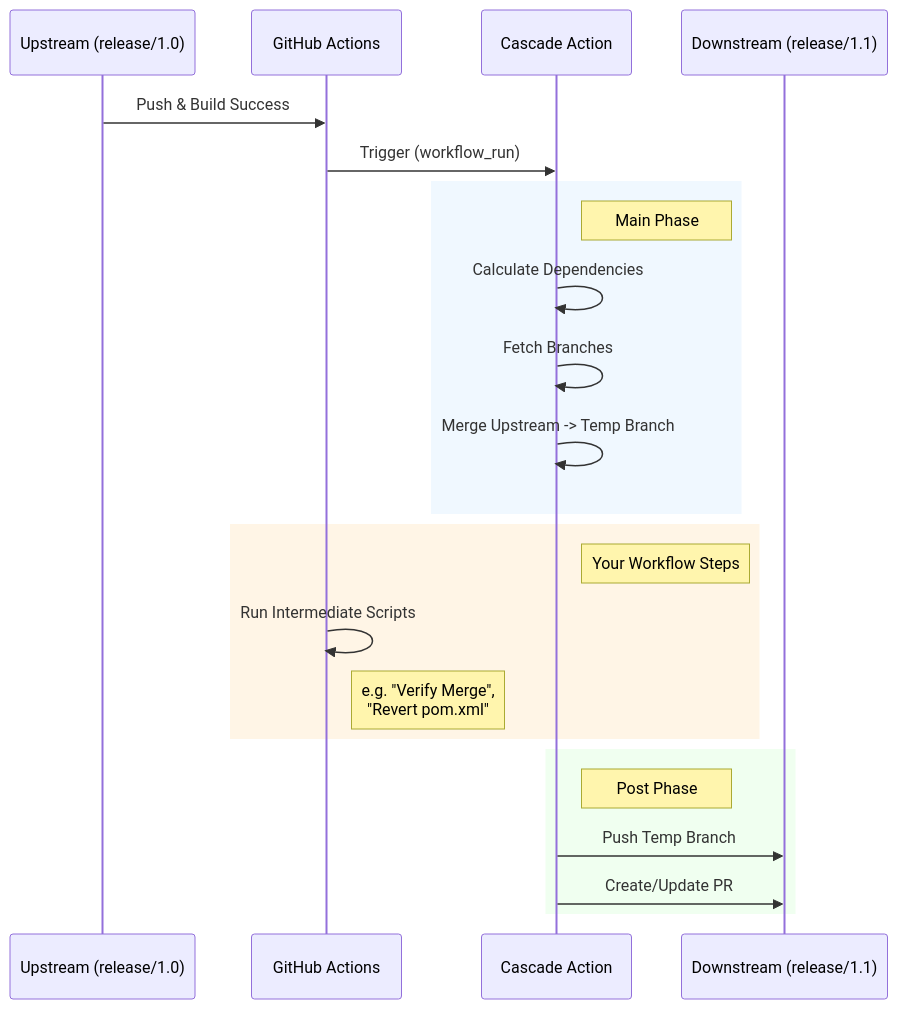
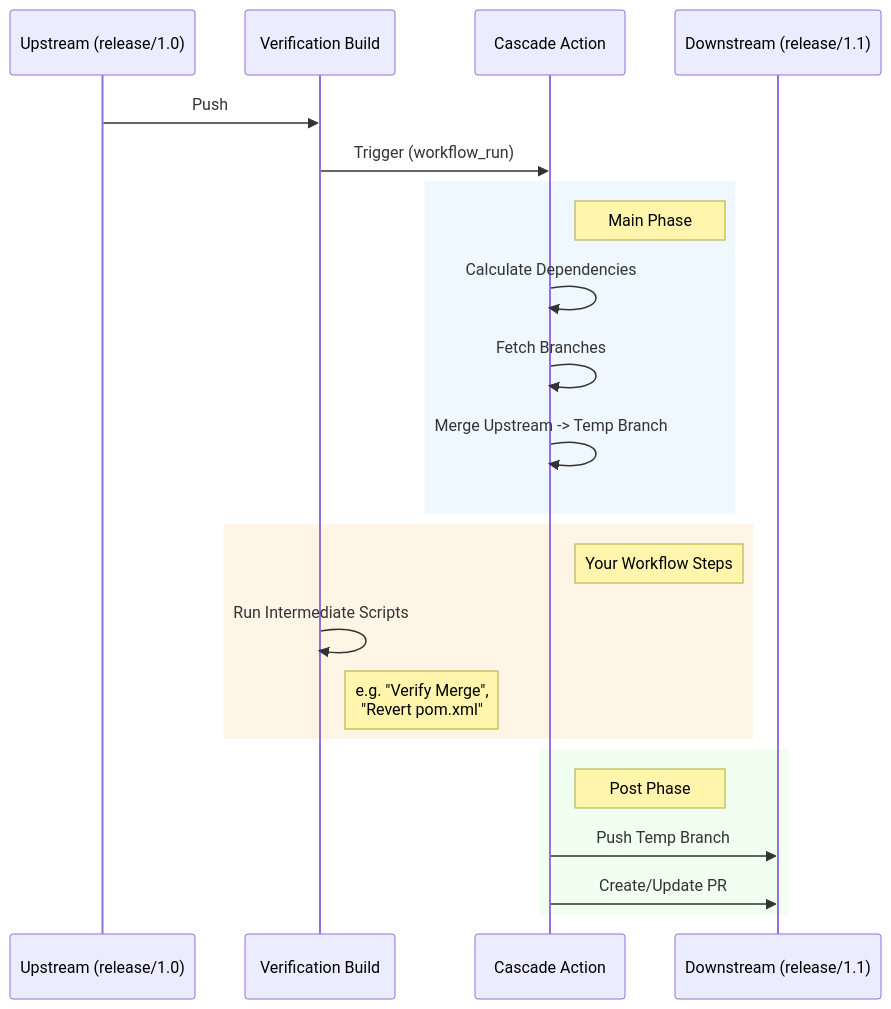
The diagram in README.md (basilevs/cascade-merge), drawn with Mermaid before and after one commit.

````diff
--- a/README.md
+++ b/README.md
@@ -20,30 +20,30 @@
 ```mermaid
 sequenceDiagram
     participant U as Upstream (release/1.0)
-    participant GH as GitHub Actions
+    participant GH as Verification Build
     participant A as Cascade Action
     participant D as Downstream (release/1.1)
 
-    U->>GH: Push & Build Success
+    U->>GH: Push
     GH->>A: Trigger (workflow_run)
     
     rect rgb(240, 248, 255)
         note right of A: Main Phase
         A->>A: Calculate Dependencies
         A->>A: Fetch Branches
         A->>A: Merge Upstream -> Temp Branch
     end
     
     rect rgb(255, 245, 230)
         note right of A: Your Workflow Steps
         GH->>GH: Run Intermediate Scripts
         note right of GH: e.g. "Verify Merge",<br/>"Revert pom.xml"
     end
     
     rect rgb(240, 255, 240)
         note right of A: Post Phase
         A->>D: Push Temp Branch
         A->>D: Create/Update PR
     end
 
 ```
````
